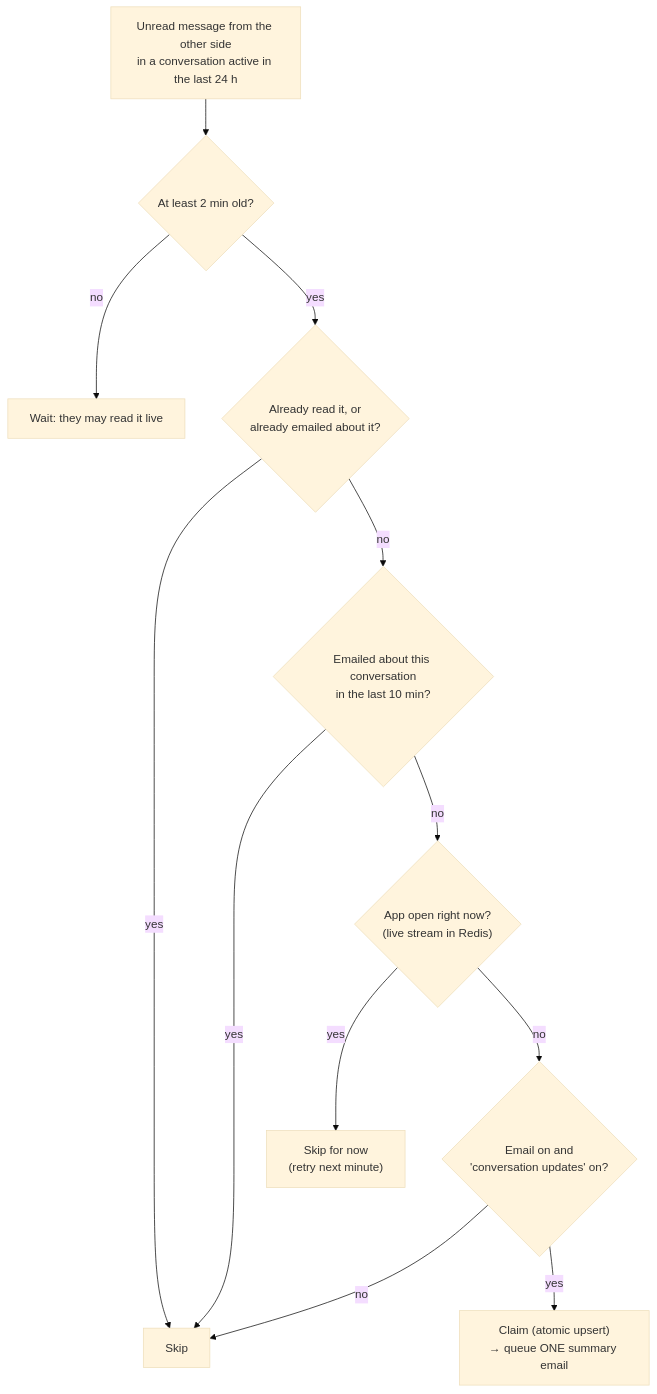
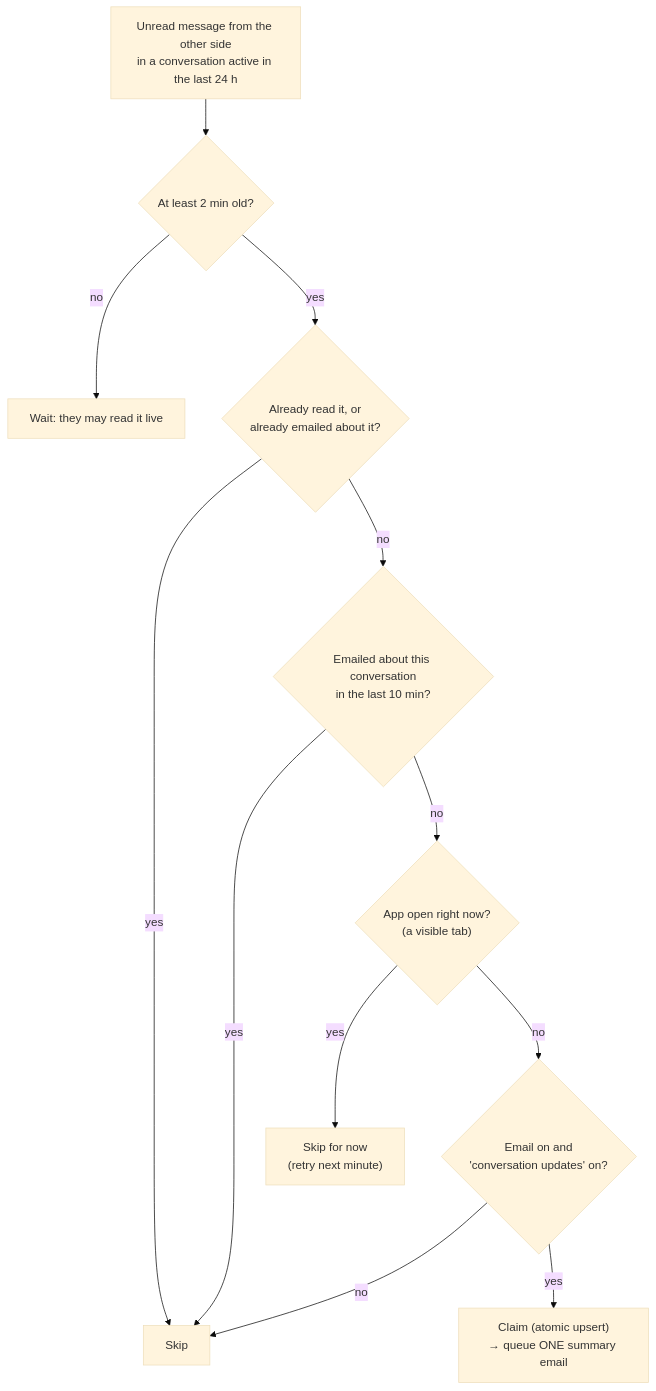
One commit to vipinpal70/IconicConnect changed diagram 12 of 14 in support-system.guide.md. Above: the diagram before and after it, drawn with Mermaid (base theme). The commit also changed other lines of this file and 27 other files, not shown here.

````diff
--- a/support-system.guide.md
+++ b/support-system.guide.md
@@ -683,14 +685,14 @@
 ```mermaid
 flowchart TD
     M["Unread message from the other side<br/>in a conversation active in the last 24 h"] --> G{"At least 2 min old?"}
     G -- no --> W["Wait: they may read it live"]
     G -- yes --> R{"Already read it, or<br/>already emailed about it?"}
     R -- yes --> X["Skip"]
     R -- no --> T{"Emailed about this conversation<br/>in the last 10 min?"}
     T -- yes --> X
-    T -- no --> O{"App open right now?<br/>(live stream in Redis)"}
+    T -- no --> O{"App open right now?<br/>(a visible tab)"}
     O -- yes --> X2["Skip for now<br/>(retry next minute)"]
     O -- no --> P{"Email on and<br/>'conversation updates' on?"}
     P -- no --> X
     P -- yes --> C["Claim (atomic upsert)<br/>→ queue ONE summary email"]
 ```
````
